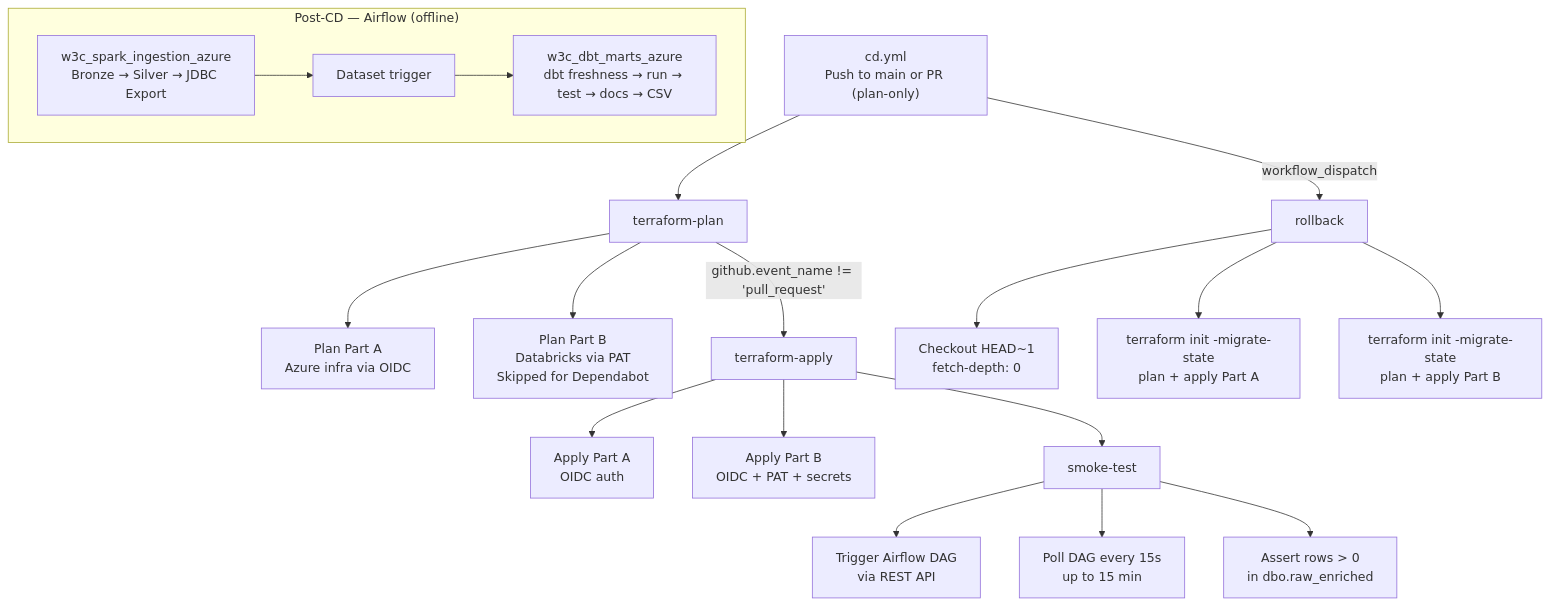
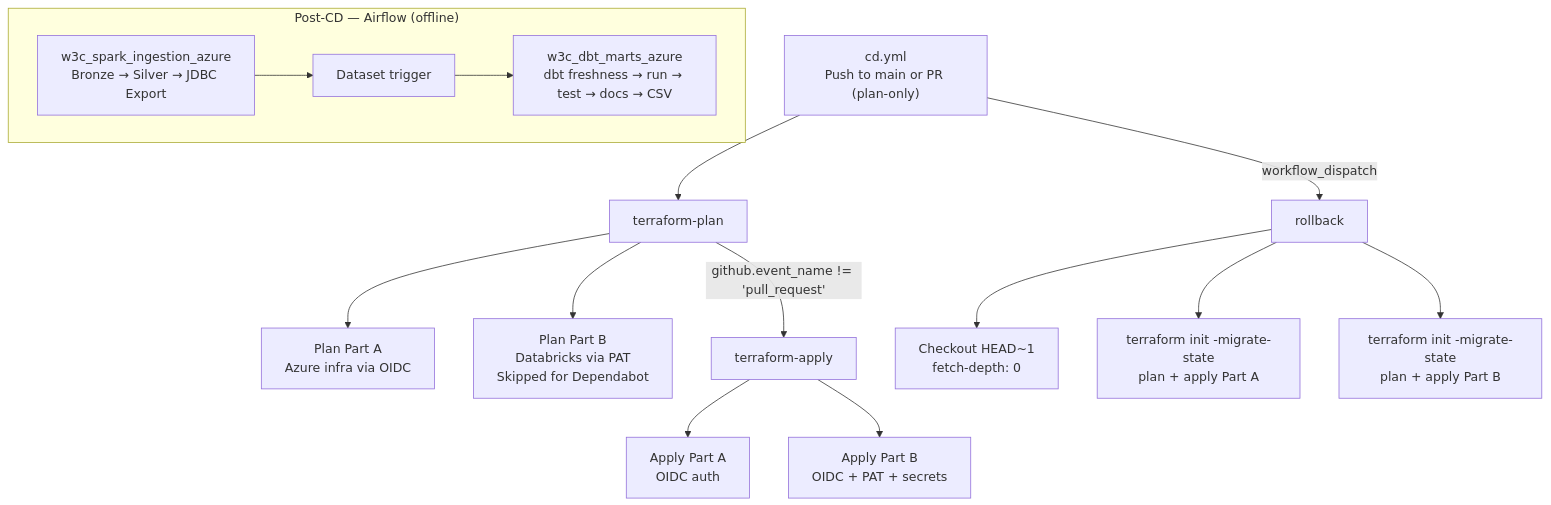
One commit to AhmedIkram05/w3c-etl-pipeline changed the second of 3 diagrams in plans/ci-cd-reference.md. Above: the diagram before and after it, drawn with Mermaid. The commit also changed other lines of this file and 4 other files, not shown here.

Commit message:
Refactor CD pipeline: remove post-deploy smoke test job from cd.yml. Update comments for clarity on deployment process and pull request behavior.

````diff
--- a/plans/ci-cd-reference.md
+++ b/plans/ci-cd-reference.md
@@ -180,29 +180,24 @@
 ```mermaid
 flowchart TD
     cd["cd.yml<br/>Push to main or PR (plan-only)"]
     cd --> tplan["terraform-plan"]
     tplan --> pa["Plan Part A<br/>Azure infra via OIDC"]
     tplan --> pb["Plan Part B<br/>Databricks via PAT<br/>Skipped for Dependabot"]
 
     tplan -->|"github.event_name != 'pull_request'"| tapply["terraform-apply"]
     tapply --> aa["Apply Part A<br/>OIDC auth"]
     tapply --> ab["Apply Part B<br/>OIDC + PAT + secrets"]
-
-    tapply --> smoke["smoke-test"]
-    smoke --> trigger["Trigger Airflow DAG<br/>via REST API"]
-    smoke --> poll["Poll DAG every 15s<br/>up to 15 min"]
-    smoke --> assert["Assert rows > 0<br/>in dbo.raw_enriched"]
 
     cd -->|"workflow_dispatch"| rollback["rollback"]
     rollback --> co["Checkout HEAD~1<br/>fetch-depth: 0"]
     rollback --> rpa["terraform init -migrate-state<br/>plan + apply Part A"]
     rollback --> rpb["terraform init -migrate-state<br/>plan + apply Part B"]
 
     subgraph airflow["Post-CD — Airflow (offline)"]
         direction LR
         ingestion["w3c_spark_ingestion_azure<br/>Bronze → Silver → JDBC Export"]
         dataset["Dataset trigger"]
         dbt["w3c_dbt_marts_azure<br/>dbt freshness → run → test → docs → CSV"]
         ingestion --> dataset --> dbt
     end
 ```
````
